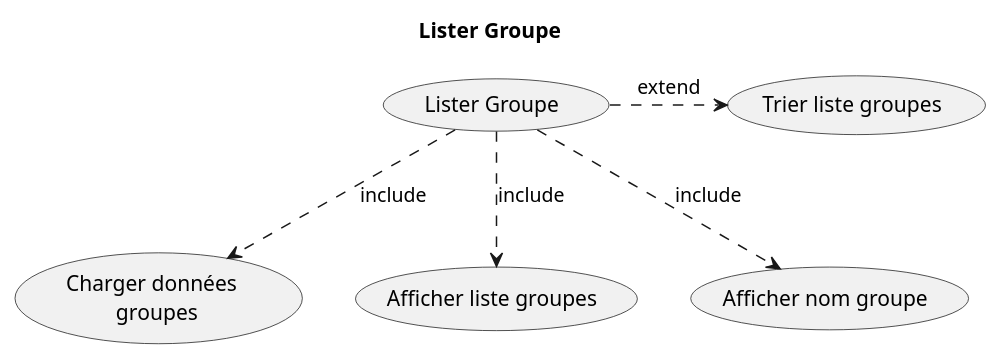
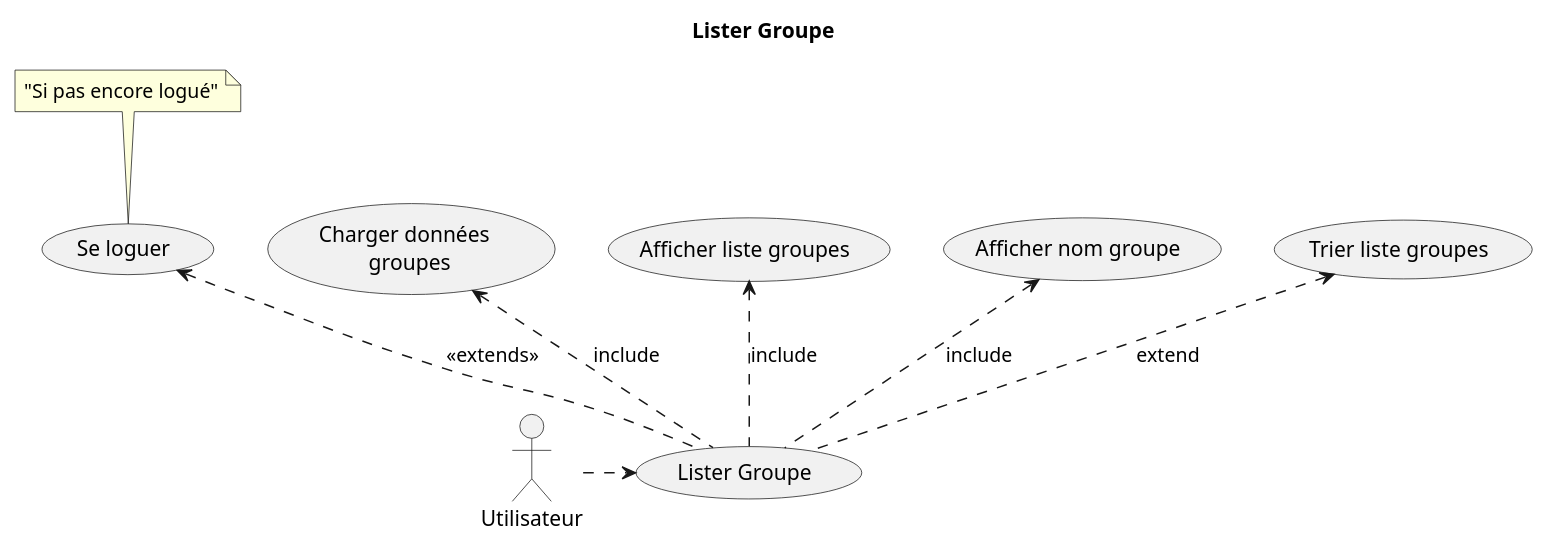
One commit to clementfvrl/projet_linux changed the diagram in docs/use_cases/ListerGroupe.puml. Above: the diagram before and after it, drawn with PlantUML. The commit also changed 1 other file, not shown here.

Commit message:
maj quitter et liste

```diff
--- a/docs/use_cases/ListerGroupe.puml
+++ b/docs/use_cases/ListerGroupe.puml
@@ -1,9 +1,16 @@
 @startuml
 title Lister Groupe
+actor Utilisateur as User 
 
-(Lister Groupe) ..> (Charger données \n groupes) : include
-(Lister Groupe) ..> (Afficher liste groupes) : include
-(Lister Groupe) ..> (Afficher nom groupe) : include
-(Lister Groupe) .> (Trier liste groupes) : extend
+(Se loguer) <.. (Lister Groupe) : << extends >> 
+
+note top of  (Se loguer) : "Si pas encore logué"
+
+(User) .> (Lister Groupe) 
+
+(Charger données \n groupes) <.. (Lister Groupe)  : include
+(Afficher liste groupes) <.. (Lister Groupe) : include
+(Afficher nom groupe) <.. (Lister Groupe) : include
+(Trier liste groupes) <.. (Lister Groupe) : extend
 
 @enduml
```
